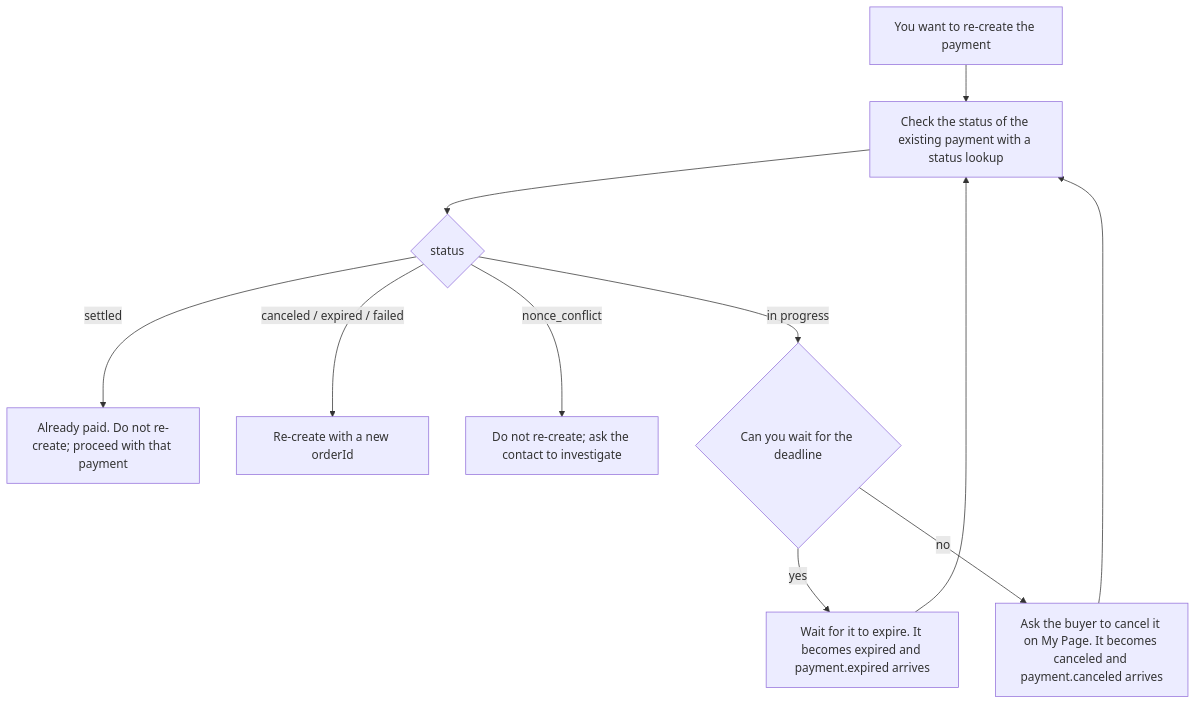
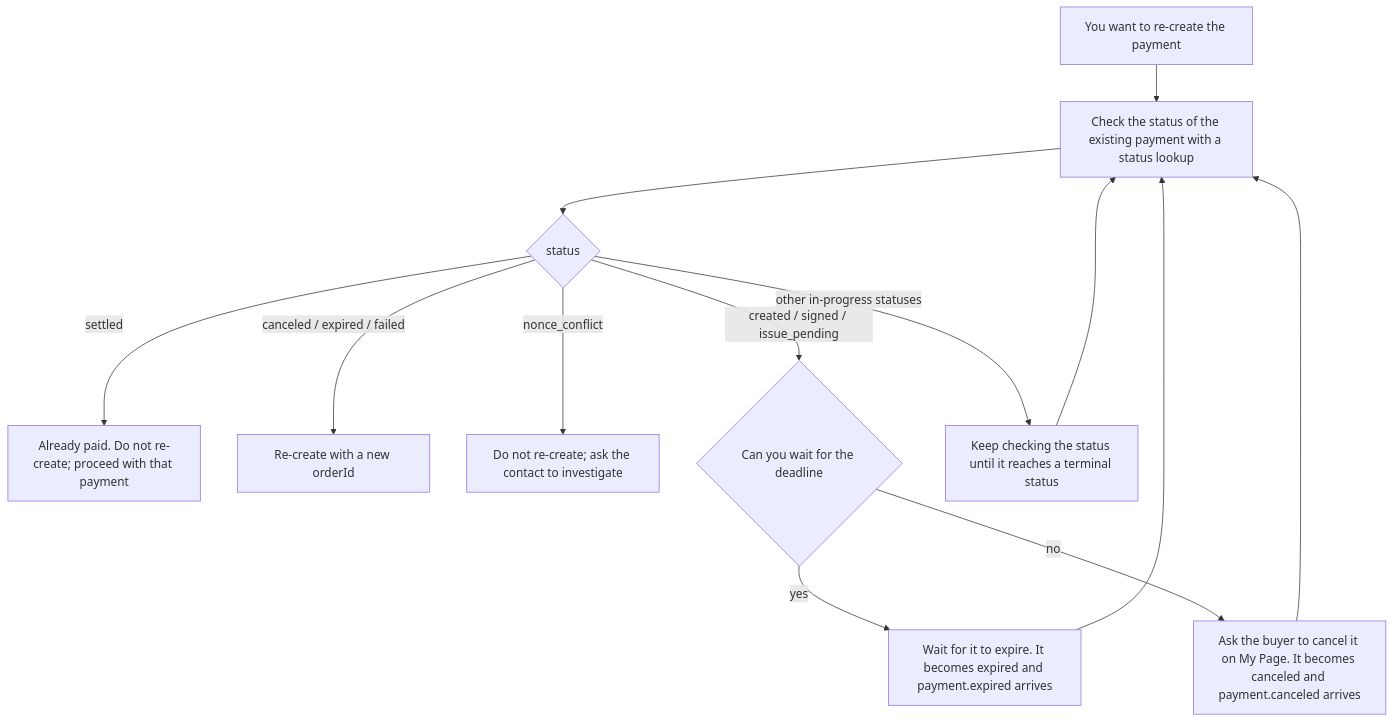
The diagram in docs-site/i18n/en/docusaurus-plugin-content-docs/current/client/integrate-existing-ec.md (ango-ya/stbl-pay-site), drawn with Mermaid before and after one commit. The commit also changed other lines of this file and 9 other files, not shown here.

````diff
--- a/docs-site/i18n/en/docusaurus-plugin-content-docs/current/client/integrate-existing-ec.md
+++ b/docs-site/i18n/en/docusaurus-plugin-content-docs/current/client/integrate-existing-ec.md
@@ -36,13 +36,15 @@
 ```mermaid
 flowchart TD
   A[You want to re-create the payment] --> B[Check the status of the existing payment with a status lookup]
   B --> C{status}
   C -- settled --> D[Already paid. Do not re-create; proceed with that payment]
   C -- canceled / expired / failed --> E[Re-create with a new orderId]
   C -- nonce_conflict --> F[Do not re-create; ask the contact to investigate]
-  C -- in progress --> G{Can you wait for the deadline}
+  C -- created / signed / issue_pending --> G{Can you wait for the deadline}
+  C -- other in-progress statuses --> J[Keep checking the status until it reaches a terminal status]
+  J --> B
   G -- yes --> H[Wait for it to expire. It becomes expired and payment.expired arrives]
   G -- no --> I[Ask the buyer to cancel it on My Page. It becomes canceled and payment.canceled arrives]
   H --> B
   I --> B
 ```
````
